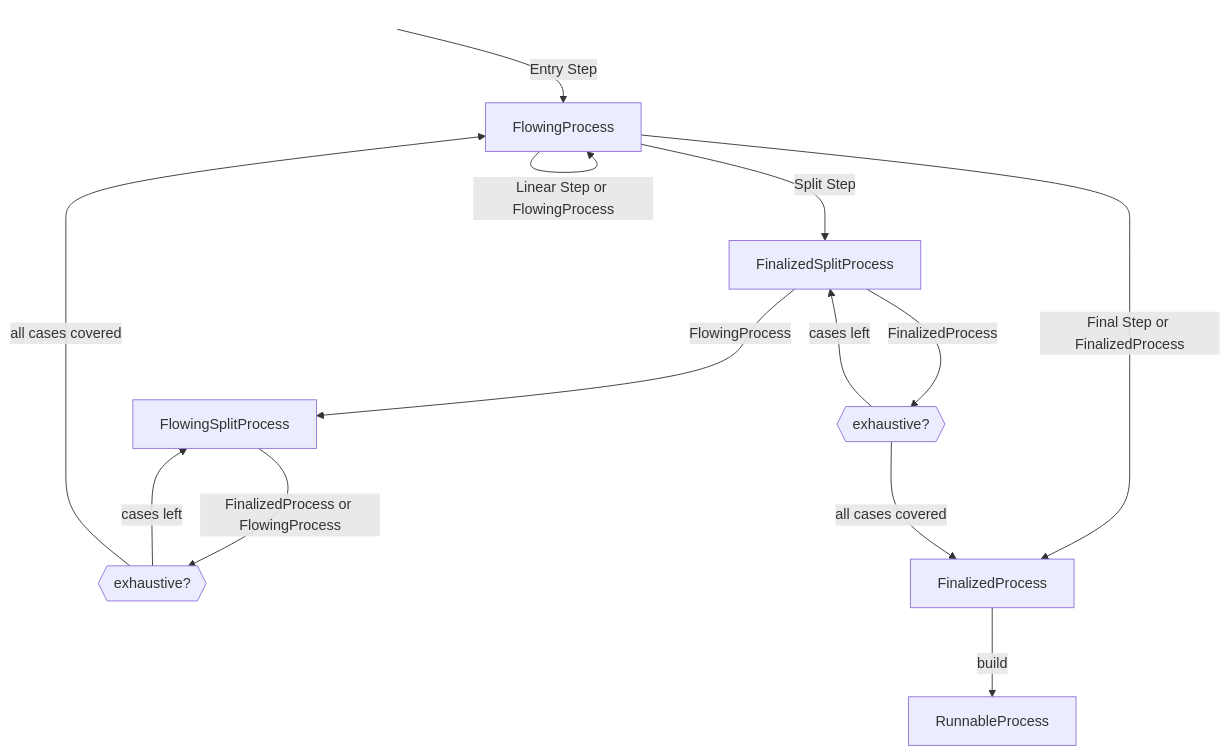
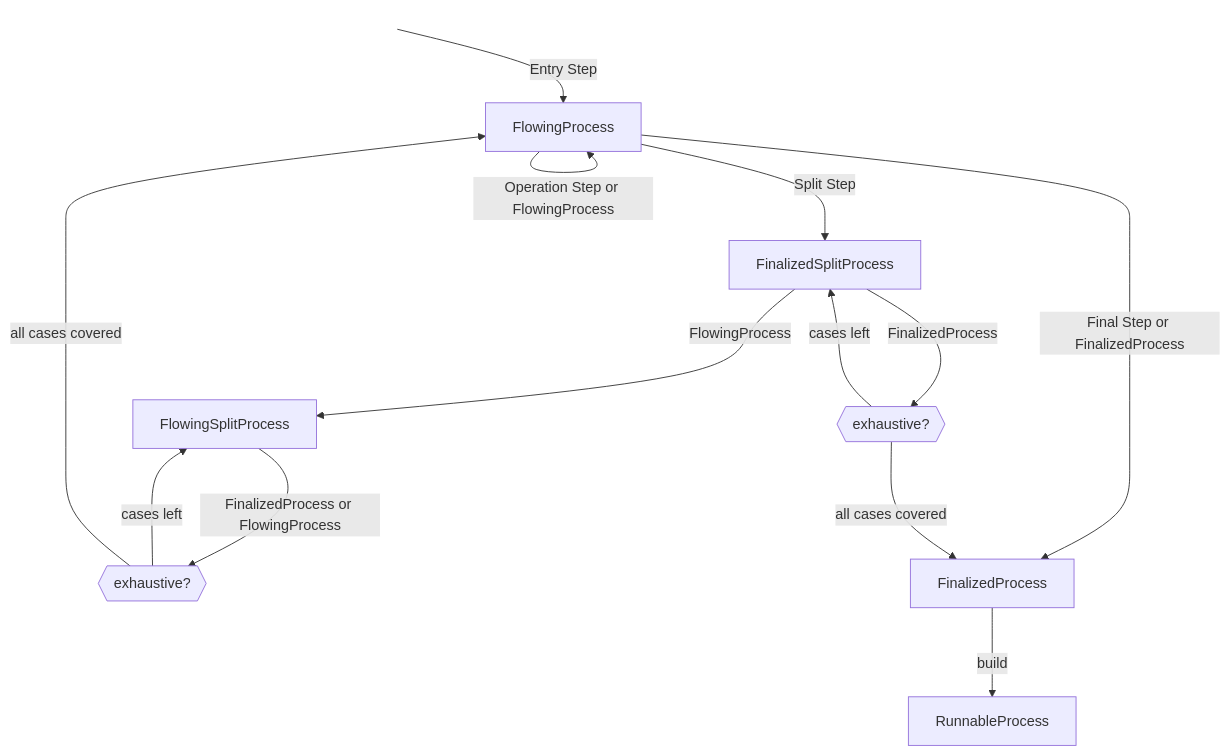
Before and after one commit to Only1Loatheb/brrricks: the diagram in type_process_builder/src/process_builder_diagram.mmd, drawn with Mermaid. The commit also changed 6 other files, not shown here.

```diff
--- a/type_process_builder/src/process_builder_diagram.mmd
+++ b/type_process_builder/src/process_builder_diagram.mmd
@@ -1,34 +1,34 @@
 %%{ init: { 'flowchart': {'defaultRenderer': 'tidy-tree' } } }%%
 flowchart TD
     classDef hidden display: none;
     style Start fill-opacity:0, stroke-opacity:0;
     Start[" "]
     FinalizedSplitProcessSubgraph:::hidden
     subgraph FinalizedSplitProcessSubgraph[" "]
         FinalizedSplitProcess[FinalizedSplitProcess]
         finalized_split_cases_final{{exhaustive?}}
     end
     FlowingSplitProcessSubgraph:::hidden
     subgraph FlowingSplitProcessSubgraph[" "]
         FlowingSplitProcess[FlowingSplitProcess]
         flowing_split_cases{{exhaustive?}}
     end
     FinalizedProcess -- "build" --> RunnableProcess
     Start -- "Entry Step" --> FlowingProcess
-    FlowingProcess -- "Linear Step or FlowingProcess" --> FlowingProcess
+    FlowingProcess -- "Operation Step or FlowingProcess" --> FlowingProcess
     FlowingProcess -- "Final Step or FinalizedProcess" --> FinalizedProcess
     
     FlowingProcess -- "Split Step" --> FinalizedSplitProcess
     FinalizedSplitProcess -- "FinalizedProcess" --> finalized_split_cases_final
     finalized_split_cases_final -- "cases left" --> FinalizedSplitProcess
     finalized_split_cases_final -- "all cases covered" --> FinalizedProcess
     FinalizedSplitProcess -- "FlowingProcess" --> FlowingSplitProcess
     FlowingSplitProcess -- "FinalizedProcess or FlowingProcess" --> flowing_split_cases
     flowing_split_cases -- "cases left" --> FlowingSplitProcess
     flowing_split_cases -- "all cases covered" --> FlowingProcess
     Start ~~~ FlowingSplitProcess
     click FlowingSplitProcess "https://github.com/Only1Loatheb/brrricks/blob/master/type_process_builder/src/builder/flowing_split_process.rs"
     click FlowingProcess "https://github.com/Only1Loatheb/brrricks/blob/master/type_process_builder/src/builder/flowing_process.rs"
     click FinalizedSplitProcess "https://github.com/Only1Loatheb/brrricks/blob/master/type_process_builder/src/builder/finalized_split_process.rs"
     click FinalizedProcess "https://github.com/Only1Loatheb/brrricks/blob/master/type_process_builder/src/builder/finalized_process.rs"
     click RunnableProcess "https://github.com/Only1Loatheb/brrricks/blob/master/type_process_builder/src/builder/runnable_process.rs"
```
